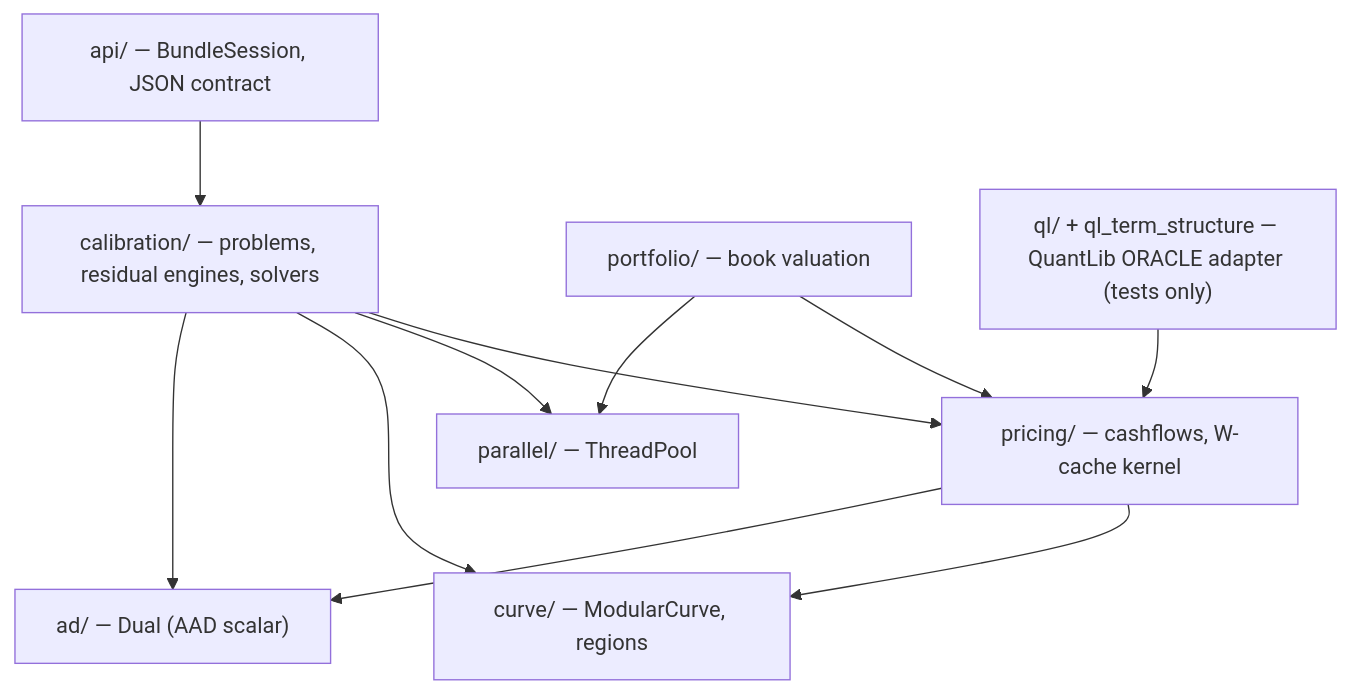
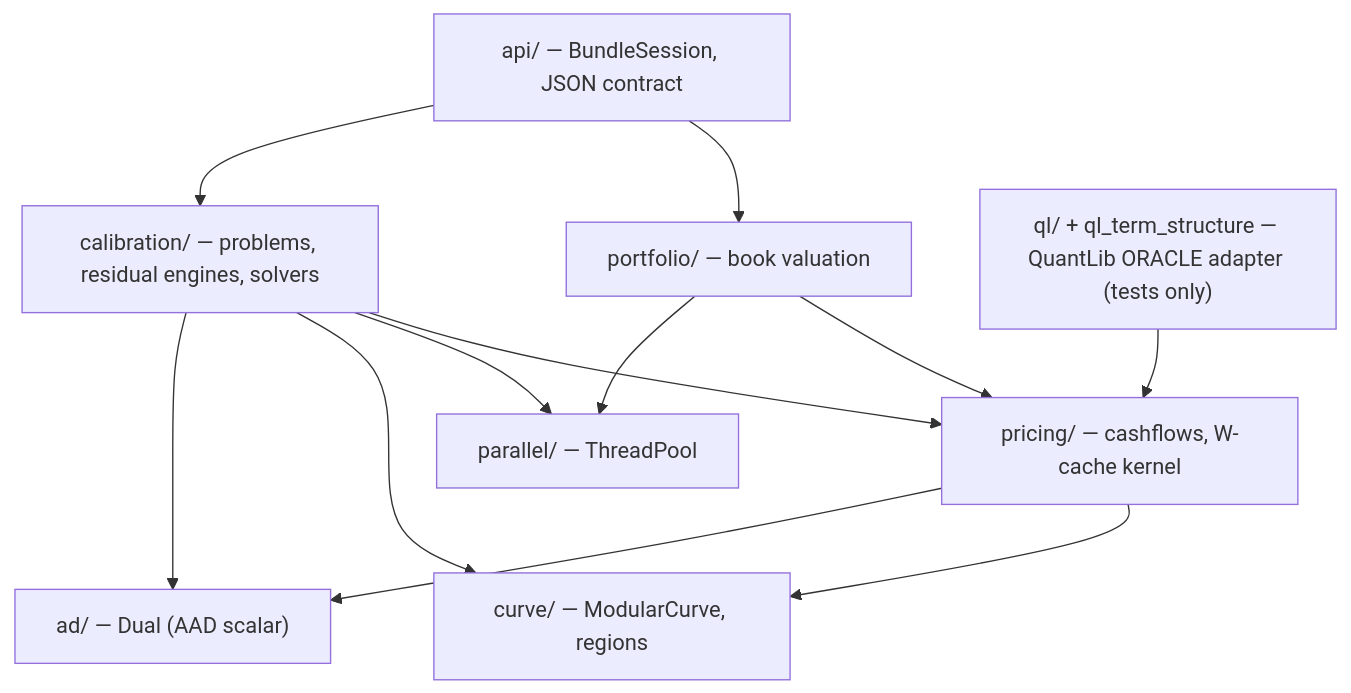
The first of 2 diagrams in ARCHITECTURE.md (kbro123/SwapEngine), drawn with Mermaid before and after one commit. The commit also changed other lines of this file and 5 other files, not shown here.

````diff
--- a/ARCHITECTURE.md
+++ b/ARCHITECTURE.md
@@ -17,22 +17,23 @@
 ```mermaid
 graph TD
     ad["ad/ — Dual (AAD scalar)"]
     curve["curve/ — ModularCurve, regions"]
     parallel["parallel/ — ThreadPool"]
     pricing["pricing/ — cashflows, W-cache kernel"]
     calibration["calibration/ — problems, residual engines, solvers"]
     portfolio["portfolio/ — book valuation"]
     api["api/ — BundleSession, JSON contract"]
     ql["ql/ + ql_term_structure — QuantLib ORACLE adapter (tests only)"]
 
     pricing --> ad
     pricing --> curve
     calibration --> ad
     calibration --> curve
     calibration --> parallel
     calibration --> pricing
     portfolio --> parallel
     portfolio --> pricing
     api --> calibration
+    api --> portfolio
     ql --> pricing
 ```
````
